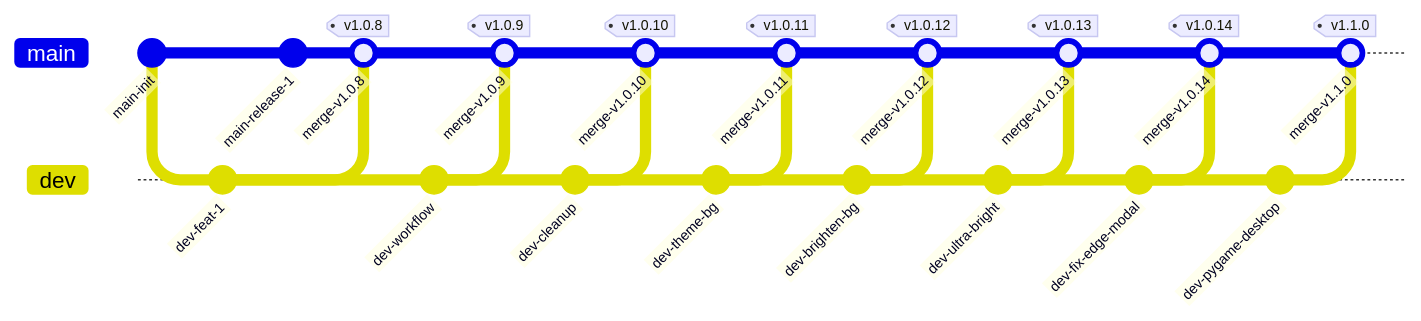
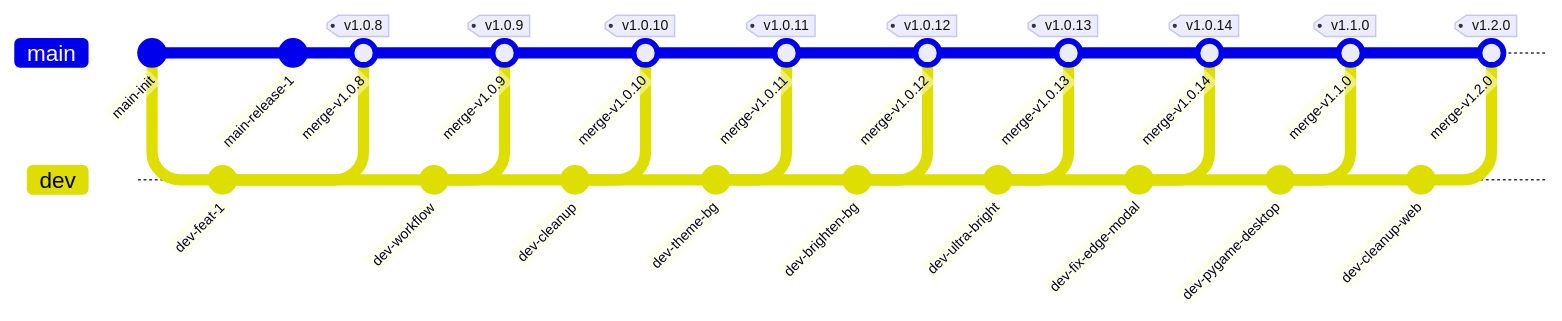
One commit to 6jbw6/Gomoku changed the first of 2 diagrams in OPERATIONS.md. Above: the diagram before and after it, drawn with Mermaid. The commit also changed other lines of this file and 26 other files, not shown here.

````diff
--- a/OPERATIONS.md
+++ b/OPERATIONS.md
@@ -353,38 +381,42 @@
 ```mermaid
 gitGraph
     commit id: "main-init"
     branch dev
     checkout dev
     commit id: "dev-feat-1"
     checkout main
     commit id: "main-release-1"
     merge dev id: "merge-v1.0.8" tag: "v1.0.8"
     checkout dev
     commit id: "dev-workflow"
     checkout main
     merge dev id: "merge-v1.0.9" tag: "v1.0.9"
     checkout dev
     commit id: "dev-cleanup"
     checkout main
     merge dev id: "merge-v1.0.10" tag: "v1.0.10"
     checkout dev
     commit id: "dev-theme-bg"
     checkout main
     merge dev id: "merge-v1.0.11" tag: "v1.0.11"
     checkout dev
     commit id: "dev-brighten-bg"
     checkout main
     merge dev id: "merge-v1.0.12" tag: "v1.0.12"
     checkout dev
     commit id: "dev-ultra-bright"
     checkout main
     merge dev id: "merge-v1.0.13" tag: "v1.0.13"
     checkout dev
     commit id: "dev-fix-edge-modal"
     checkout main
     merge dev id: "merge-v1.0.14" tag: "v1.0.14"
     checkout dev
     commit id: "dev-pygame-desktop"
     checkout main
     merge dev id: "merge-v1.1.0" tag: "v1.1.0"
+    checkout dev
+    commit id: "dev-cleanup-web"
+    checkout main
+    merge dev id: "merge-v1.2.0" tag: "v1.2.0"
 ```
````
